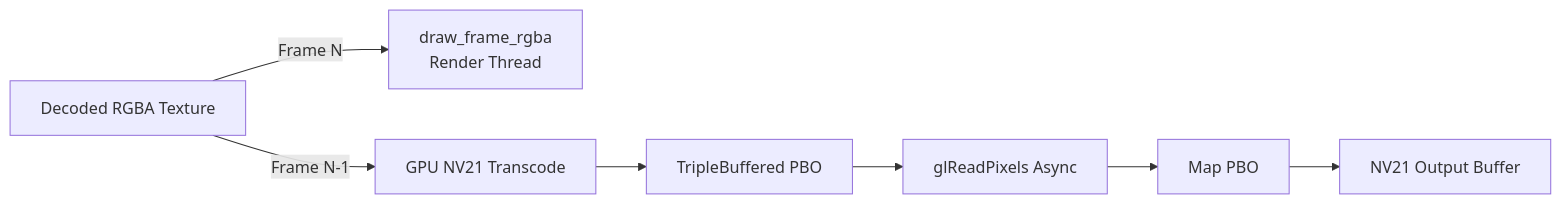
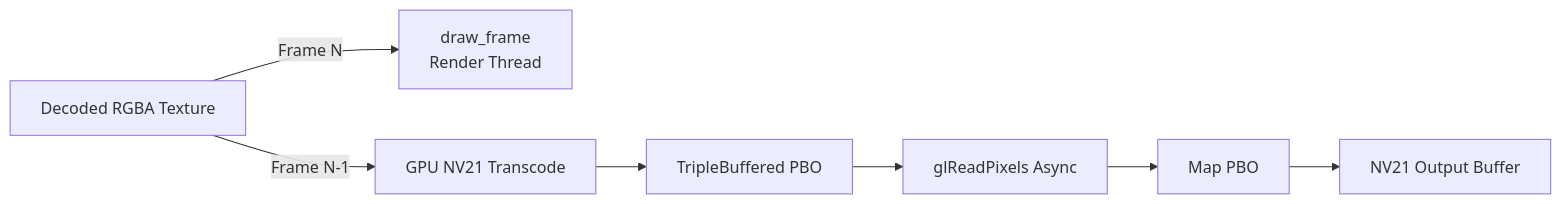
The fourth of 6 diagrams in document/workflow.md (Atomos-X/Camera2Magic), drawn with Mermaid before and after one commit. The commit also changed other lines of this file and 7 other files, not shown here.

````diff
--- a/document/workflow.md
+++ b/document/workflow.md
@@ -52,12 +52,12 @@
     ```mermaid
     flowchart LR
         R0[Decoded RGBA Texture]
     
-        R0 -->|Frame N| R1[draw_frame_rgba<br/>Render Thread]
+        R0 -->|Frame N| R1[draw_frame<br/>Render Thread]
         R0 -->|Frame N-1| R2[GPU NV21 Transcode]
     
         R2 --> P0[TripleBuffered PBO]
         P0 --> P1[glReadPixels Async]
         P1 --> P2[Map PBO]
         P2 --> P3[NV21 Output Buffer]
     ```
````
